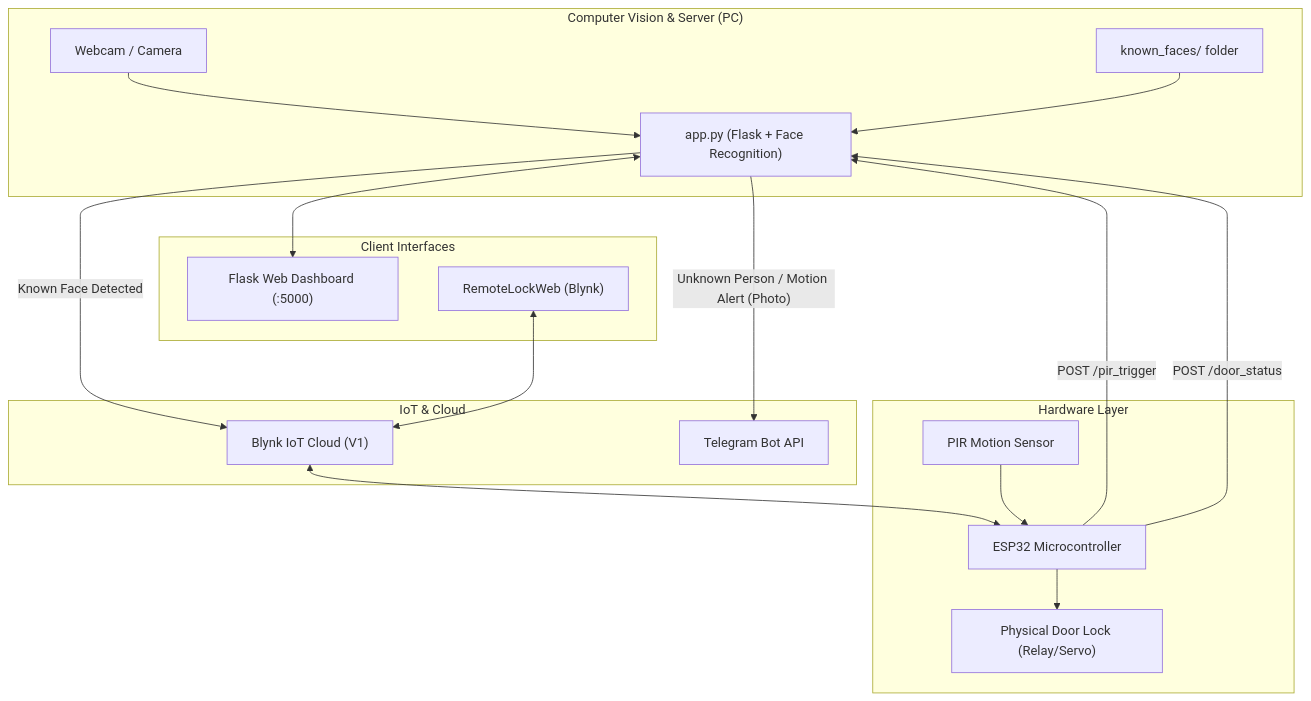
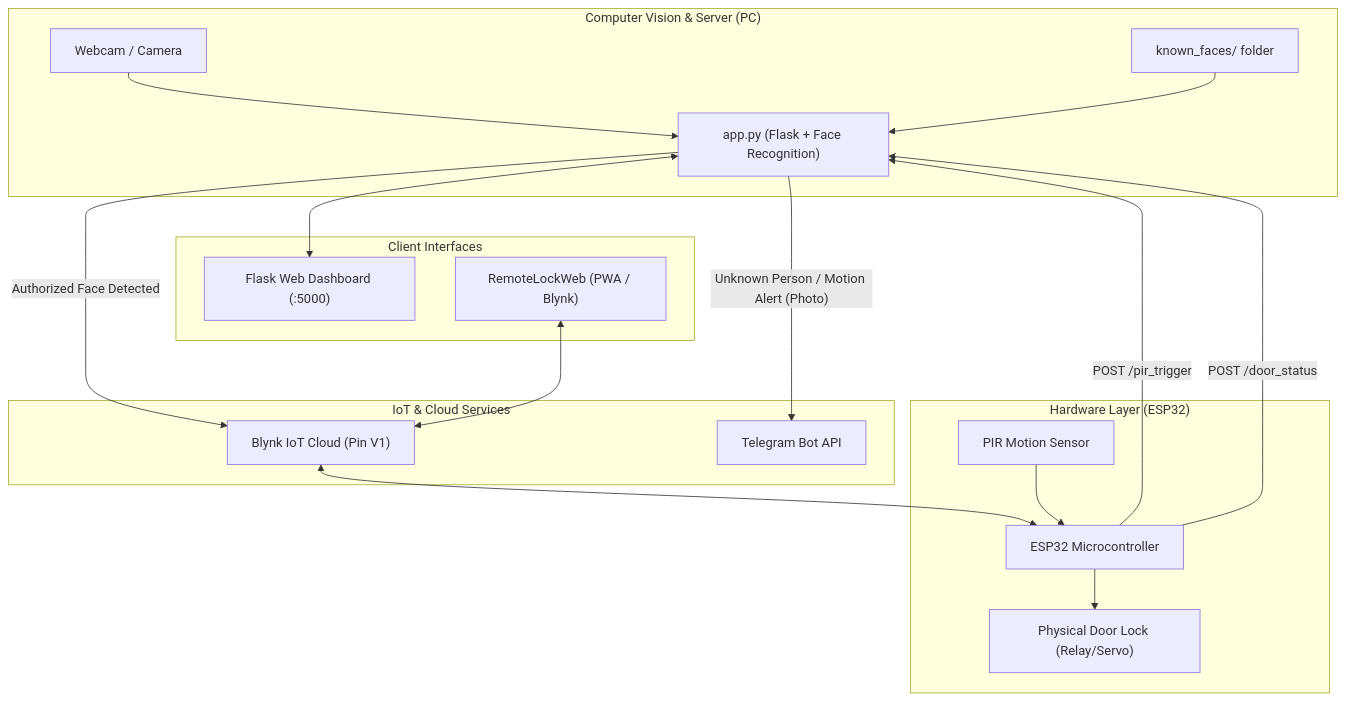
One commit to Tusha06/SmartDoorLockSystem changed the diagram in README.md. Above: the diagram before and after it, drawn with Mermaid. The commit also changed other lines of this file and 2 other files, not shown here.

````diff
--- a/README.md
+++ b/README.md
@@ -24,34 +24,34 @@
 ```mermaid
 flowchart TD
     subgraph Vision ["Computer Vision & Server (PC)"]
         CAM["Webcam / Camera"] --> APP["app.py (Flask + Face Recognition)"]
         KNOWN["known_faces/ folder"] --> APP
     end
 
-    subgraph IoT ["IoT & Cloud"]
-        BLYNK["Blynk IoT Cloud (V1)"]
+    subgraph IoT ["IoT & Cloud Services"]
+        BLYNK["Blynk IoT Cloud (Pin V1)"]
         TELEGRAM["Telegram Bot API"]
     end
 
-    subgraph Hardware ["Hardware Layer"]
+    subgraph Hardware ["Hardware Layer (ESP32)"]
         ESP["ESP32 Microcontroller"]
         PIR["PIR Motion Sensor"]
         LOCK["Physical Door Lock (Relay/Servo)"]
     end
 
     subgraph Client ["Client Interfaces"]
         DASH["Flask Web Dashboard (:5000)"]
-        REMOTE["RemoteLockWeb (Blynk)"]
+        REMOTE["RemoteLockWeb (PWA / Blynk)"]
     end
 
     %% Interactions
-    APP -- "Known Face Detected" --> BLYNK
+    APP -- "Authorized Face Detected" --> BLYNK
     APP -- "Unknown Person / Motion Alert (Photo)" --> TELEGRAM
     BLYNK <--> ESP
     ESP --> LOCK
     PIR --> ESP
     ESP -- "POST /pir_trigger" --> APP
     ESP -- "POST /door_status" --> APP
     APP <--> DASH
     REMOTE <--> BLYNK
 ```
````
